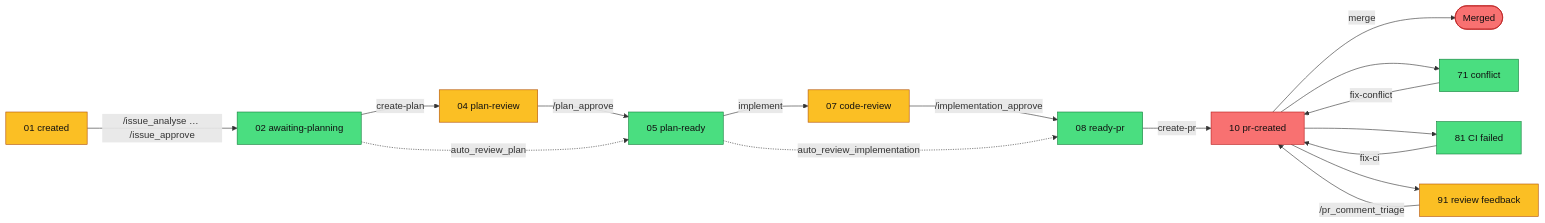
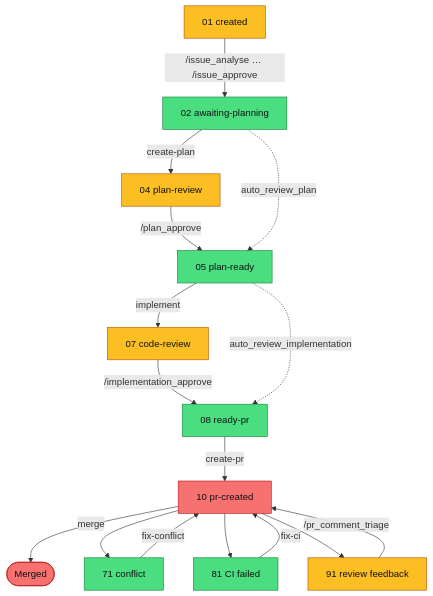
Before and after one commit to MarcusJellinghaus/mcp_coder: the diagram in docs/processes-prompts/development-process.md, drawn with Mermaid. The commit also changed other lines of this file and 3 other files, not shown here.

````diff
--- a/docs/processes-prompts/development-process.md
+++ b/docs/processes-prompts/development-process.md
@@ -7,36 +7,36 @@
 ```mermaid
-flowchart LR
+flowchart TD
     S01["01 created"]
     S02["02 awaiting-planning"]
     S04["04 plan-review"]
     S05["05 plan-ready"]
     S07["07 code-review"]
     S08["08 ready-pr"]
     S10["10 pr-created"]
     S71["71 conflict"]
     S81["81 CI failed"]
     S91["91 review feedback"]
     M(["Merged"])
 
     S01 -->|"/issue_analyse … /issue_approve"| S02
     S02 -->|create-plan| S04
     S04 -->|/plan_approve| S05
     S05 -->|implement| S07
     S07 -->|/implementation_approve| S08
     S08 -->|create-pr| S10
     S10 -->|merge| M
 
     S10 --> S71 -->|fix-conflict| S10
     S10 --> S81 -->|fix-ci| S10
     S10 --> S91 -->|/pr_comment_triage| S10
 
     S02 -.->|"auto_review_plan"| S05
     S05 -.->|"auto_review_implementation"| S08
 
     classDef human fill:#f87171,stroke:#b91c1c,color:#111
     classDef supervisor fill:#fbbf24,stroke:#b45309,color:#111
     classDef auto fill:#4ade80,stroke:#15803d,color:#111
     class M,S10 human
     class S01,S04,S07,S91 supervisor
     class S02,S05,S08,S71,S81 auto
 ```
````
